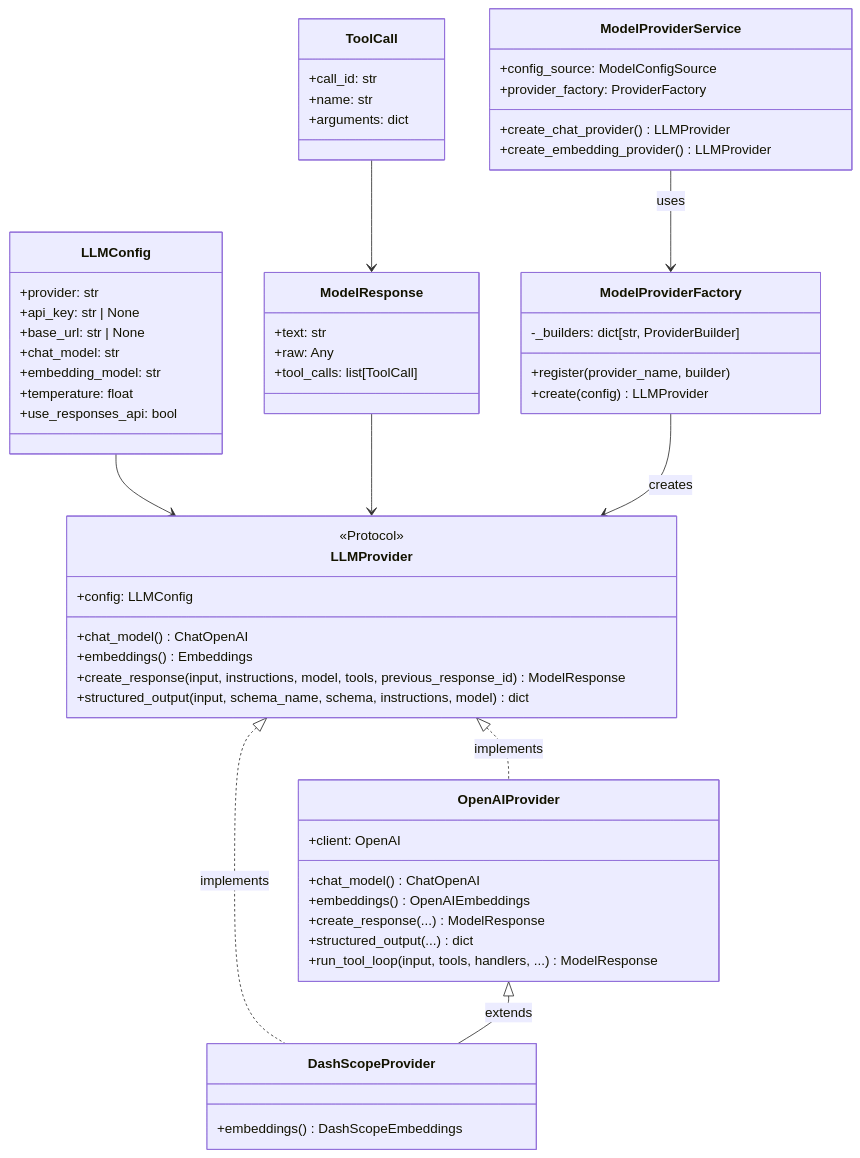
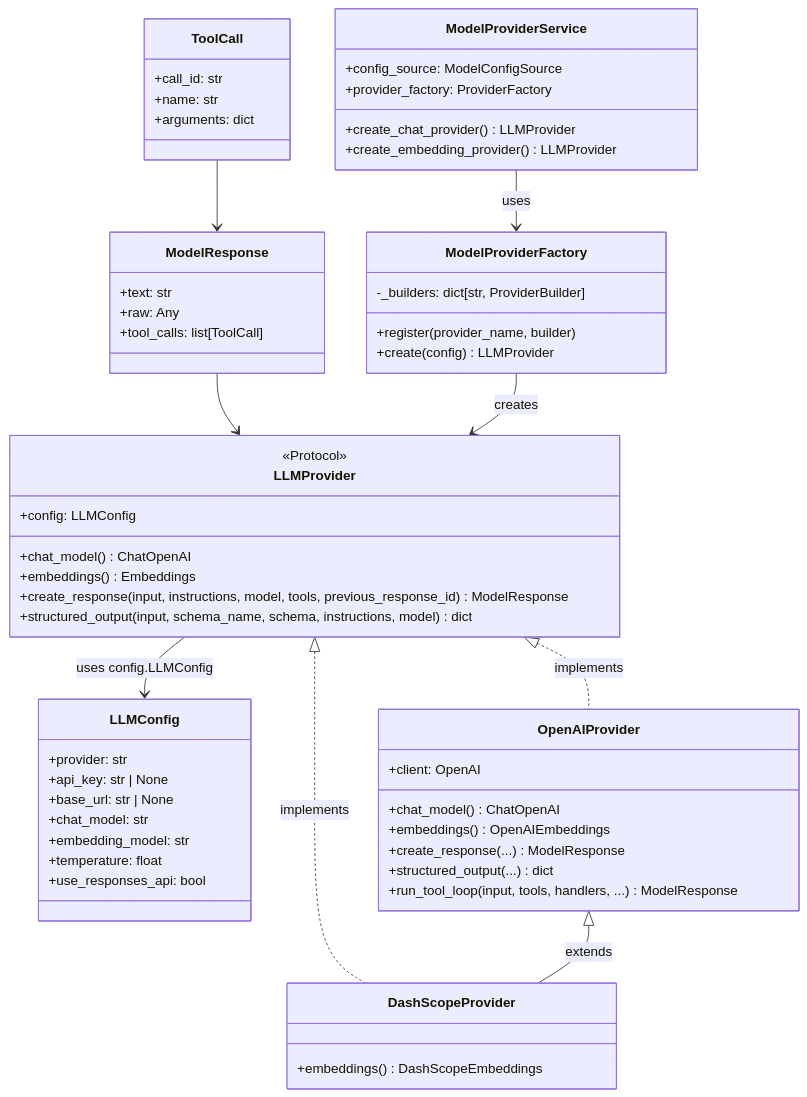
Before and after one commit to xianingawa-wq/contract-agent: the fourth of 18 diagrams in docs/architecture.md, drawn with Mermaid. The commit also changed other lines of this file and 11 other files, not shown here.

````diff
--- a/docs/architecture.md
+++ b/docs/architecture.md
@@ -284,68 +284,68 @@
 ```mermaid
 classDiagram
     class LLMProvider {
         <<Protocol>>
         +config: LLMConfig
         +chat_model() ChatOpenAI
         +embeddings() Embeddings
         +create_response(input, instructions, model, tools, previous_response_id) ModelResponse
         +structured_output(input, schema_name, schema, instructions, model) dict
     }
 
     class LLMConfig {
         +provider: str
         +api_key: str | None
         +base_url: str | None
         +chat_model: str
         +embedding_model: str
         +temperature: float
         +use_responses_api: bool
     }
 
     class ModelResponse {
         +text: str
         +raw: Any
         +tool_calls: list[ToolCall]
     }
 
     class ToolCall {
         +call_id: str
         +name: str
         +arguments: dict
     }
 
     class OpenAIProvider {
         +client: OpenAI
         +chat_model() ChatOpenAI
         +embeddings() OpenAIEmbeddings
         +create_response(...) ModelResponse
         +structured_output(...) dict
         +run_tool_loop(input, tools, handlers, ...) ModelResponse
     }
 
     class DashScopeProvider {
         +embeddings() DashScopeEmbeddings
     }
 
     class ModelProviderFactory {
         -_builders: dict[str, ProviderBuilder]
         +register(provider_name, builder)
         +create(config) LLMProvider
     }
 
     class ModelProviderService {
         +config_source: ModelConfigSource
         +provider_factory: ProviderFactory
         +create_chat_provider() LLMProvider
         +create_embedding_provider() LLMProvider
     }
 
     LLMProvider <|.. OpenAIProvider : implements
     LLMProvider <|.. DashScopeProvider : implements
     OpenAIProvider <|-- DashScopeProvider : extends
-    LLMConfig --> LLMProvider
+    LLMProvider --> LLMConfig : uses config.LLMConfig
     ModelResponse --> LLMProvider
     ToolCall --> ModelResponse
     ModelProviderFactory --> LLMProvider : creates
     ModelProviderService --> ModelProviderFactory : uses
 ```
````
